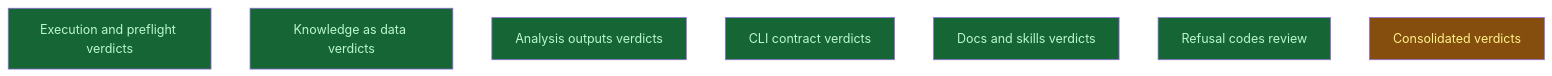
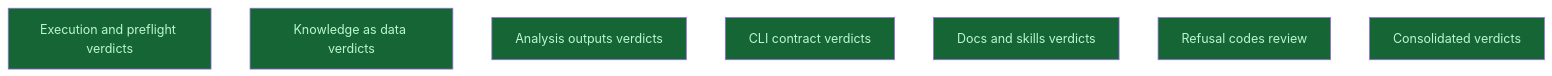
One commit to CrackingShells/Candler changed the diagram in __roadmap__/m6b-surface-consolidation/README.md. Above: the diagram before and after it, drawn with Mermaid. The commit also changed other lines of this file and 1 other file, not shown here.

Commit message:
rdm(api): close the m6b verdict study L1
The verdicts report v0 is merged and its gates pass. The campaign stays
open on G7: Eliott discusses the report and says Go before the build
session starts.

````diff
--- a/__roadmap__/m6b-surface-consolidation/README.md
+++ b/__roadmap__/m6b-surface-consolidation/README.md
@@ -114,15 +114,15 @@
 ```mermaid
 graph TD
     execution_preflight[Execution and preflight verdicts]:::done
     knowledge_as_data[Knowledge as data verdicts]:::done
     analysis_outputs[Analysis outputs verdicts]:::done
     cli_contract[CLI contract verdicts]:::done
     docs_and_skills[Docs and skills verdicts]:::done
     codes_review[Refusal codes review]:::done
-    consolidated[Consolidated verdicts]:::inprogress
+    consolidated[Consolidated verdicts]:::done
     classDef done       fill:#166534,color:#bbf7d0
     classDef inprogress fill:#854d0e,color:#fef08a
     classDef planned    fill:#374151,color:#e5e7eb
     classDef amendment  fill:#1e3a5f,color:#bfdbfe
     classDef blocked    fill:#7f1d1d,color:#fecaca
 ```
````
